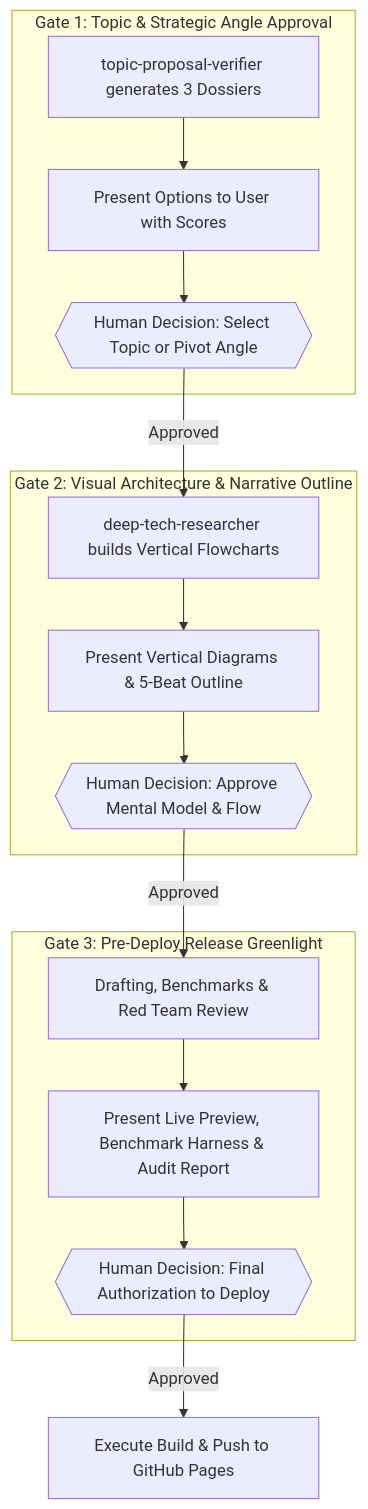
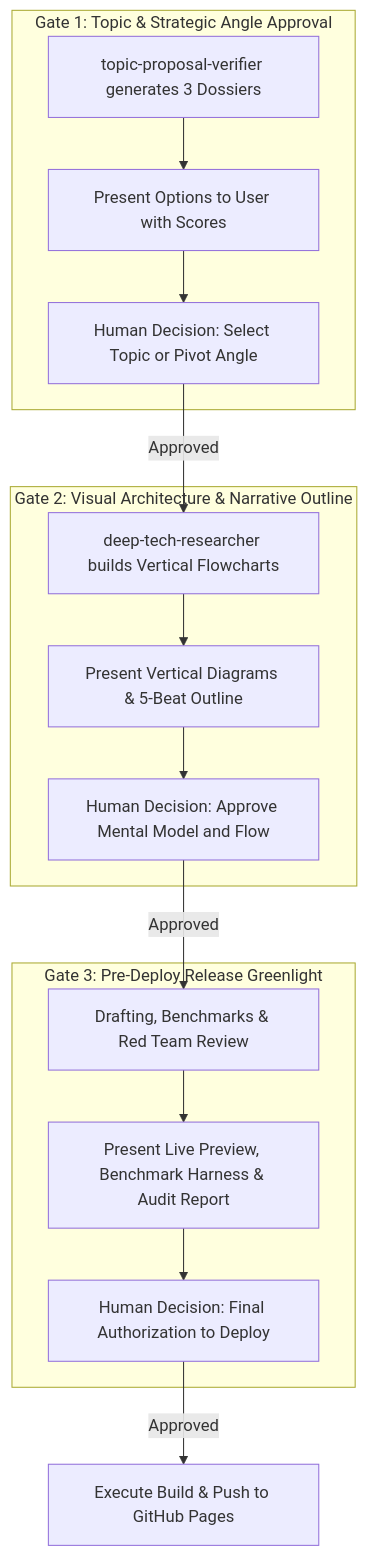
The diagram in .agents/skills/human-editorial-gatekeeper/SKILL.md (akmalkhaniub/akmalkhaniub.github.io), drawn with Mermaid before and after one commit. The commit also changed 411 other files, not shown here.

````diff
--- a/.agents/skills/human-editorial-gatekeeper/SKILL.md
+++ b/.agents/skills/human-editorial-gatekeeper/SKILL.md
@@ -19,21 +19,21 @@
 ```mermaid
 flowchart TD
   subgraph Checkpoint1 ["Gate 1: Topic & Strategic Angle Approval"]
     A["topic-proposal-verifier generates 3 Dossiers"] --> B["Present Options to User with Scores"]
-    B --> C{{"Human Decision: Select Topic or Pivot Angle"}}
+    B --> C["Human Decision: Select Topic or Pivot Angle"]
   end
 
   subgraph Checkpoint2 ["Gate 2: Visual Architecture & Narrative Outline"]
     C -->|Approved| D["deep-tech-researcher builds Vertical Flowcharts"]
     D --> E["Present Vertical Diagrams & 5-Beat Outline"]
-    E --> F{{"Human Decision: Approve Mental Model & Flow"}}
+    E --> F["Human Decision: Approve Mental Model and Flow"]
   end
 
   subgraph Checkpoint3 ["Gate 3: Pre-Deploy Release Greenlight"]
     F -->|Approved| G["Drafting, Benchmarks & Red Team Review"]
     G --> H["Present Live Preview, Benchmark Harness & Audit Report"]
-    H --> I{{"Human Decision: Final Authorization to Deploy"}}
+    H --> I["Human Decision: Final Authorization to Deploy"]
   end
 
   I -->|Approved| J["Execute Build & Push to GitHub Pages"]
 ```
````
